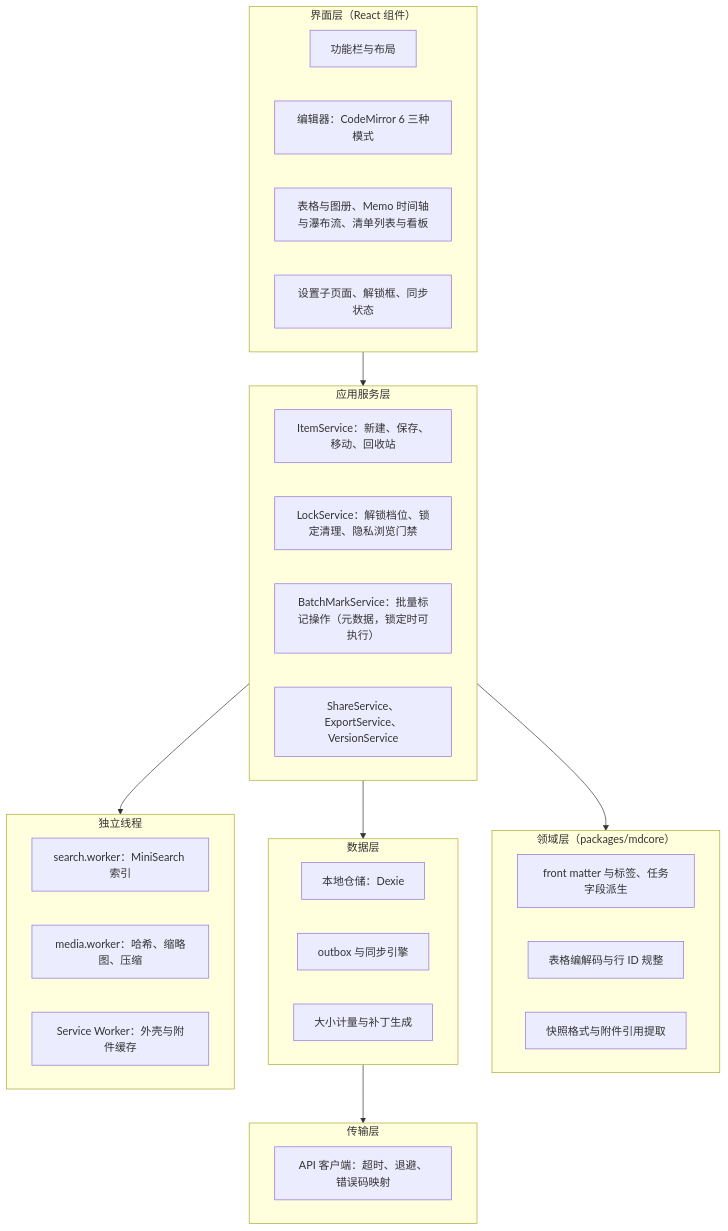
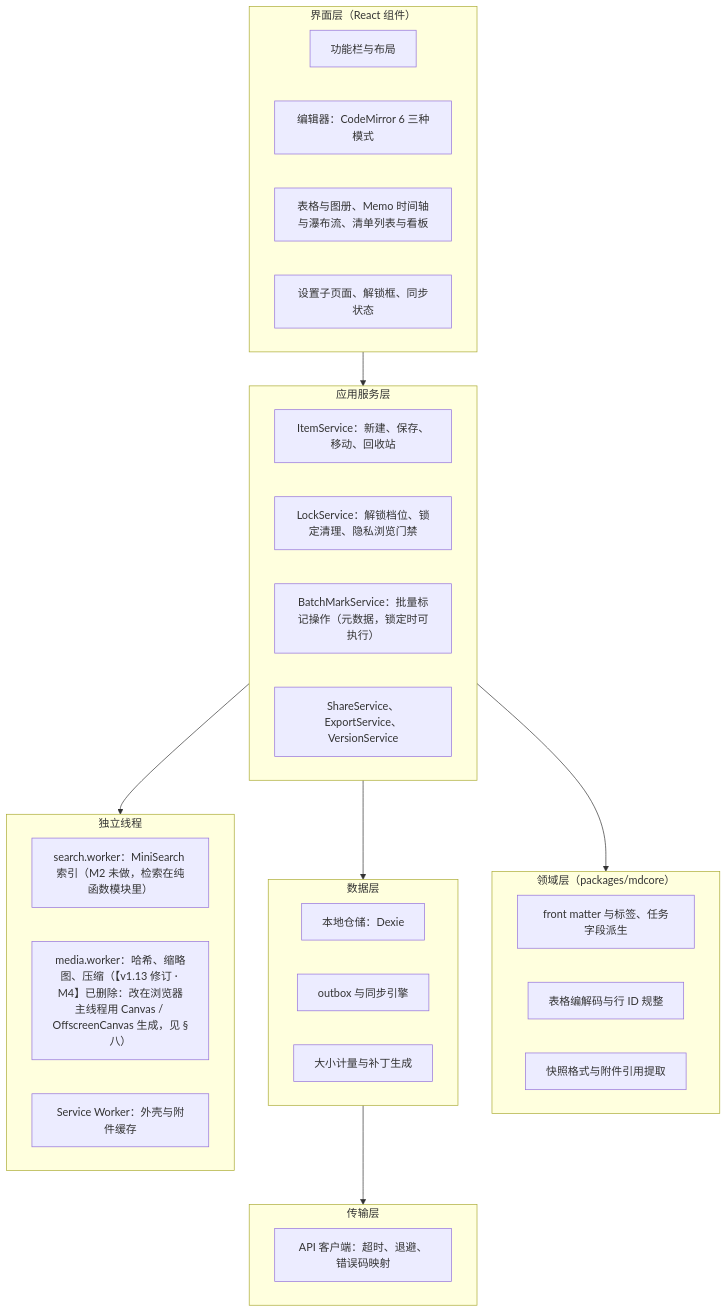
The second of 5 diagrams in wiki/Menote-项目架构-v1.md (maxxie6418/MeNote), drawn with Mermaid before and after one commit. The commit also changed other lines of this file, not shown here.

````diff
--- a/wiki/Menote-项目架构-v1.md
+++ b/wiki/Menote-项目架构-v1.md
@@ -303,38 +308,38 @@
 ```mermaid
 flowchart TB
     subgraph L1["界面层（React 组件）"]
         V1["功能栏与布局"]
         V2["编辑器：CodeMirror 6 三种模式"]
         V3["表格与图册、Memo 时间轴与瀑布流、清单列表与看板"]
         V4["设置子页面、解锁框、同步状态"]
     end
     subgraph L2["应用服务层"]
         S1["ItemService：新建、保存、移动、回收站"]
         S2["LockService：解锁档位、锁定清理、隐私浏览门禁"]
         S3["BatchMarkService：批量标记操作（元数据，锁定时可执行）"]
         S4["ShareService、ExportService、VersionService"]
     end
     subgraph L3["领域层（packages/mdcore）"]
         D1["front matter 与标签、任务字段派生"]
         D2["表格编解码与行 ID 规整"]
         D3["快照格式与附件引用提取"]
     end
     subgraph L4["数据层"]
         R1["本地仓储：Dexie"]
         R2["outbox 与同步引擎"]
         R3["大小计量与补丁生成"]
     end
     subgraph L5["传输层"]
         T1["API 客户端：超时、退避、错误码映射"]
     end
     subgraph WK["独立线程"]
-        W3["search.worker：MiniSearch 索引"]
-        W4["media.worker：哈希、缩略图、压缩"]
+        W3["search.worker：MiniSearch 索引（M2 未做，检索在纯函数模块里）"]
+        W4["media.worker：哈希、缩略图、压缩（【v1.13 修订 · M4】已删除：改在浏览器主线程用 Canvas / OffscreenCanvas 生成，见 §八）"]
         W5["Service Worker：外壳与附件缓存"]
     end
     L1 --> L2
     L2 --> L3
     L2 --> L4
     L4 --> L5
     L2 --> WK
 ```
````
